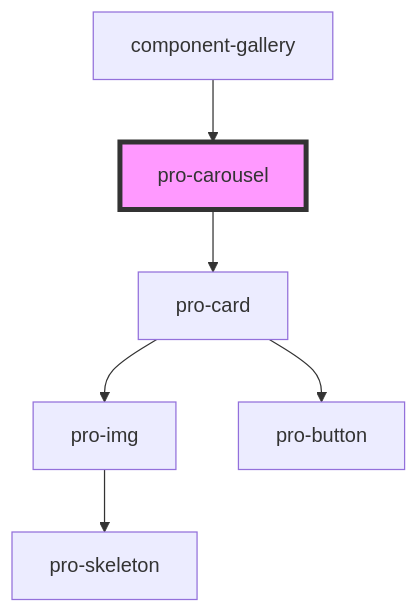
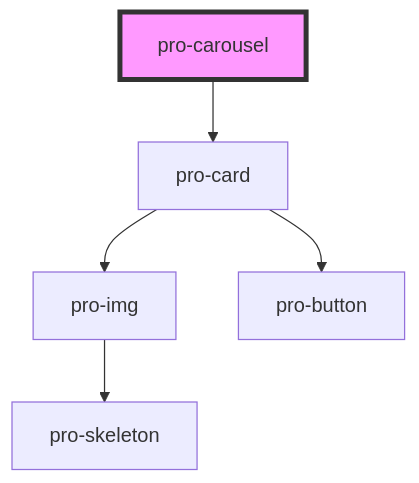
One commit to aab1dh/pro changed the diagram in src/atoms/carousel/readme.md. Above: the diagram before and after it, drawn with Mermaid. The commit also changed other lines of this file and 5 other files, not shown here.

````diff
--- a/src/atoms/carousel/readme.md
+++ b/src/atoms/carousel/readme.md
@@ -19,9 +15,8 @@
 ```mermaid
 graph TD;
   pro-carousel --> pro-card
   pro-card --> pro-img
   pro-card --> pro-button
   pro-img --> pro-skeleton
-  component-gallery --> pro-carousel
   style pro-carousel fill:#f9f,stroke:#333,stroke-width:4px
 ```
````
